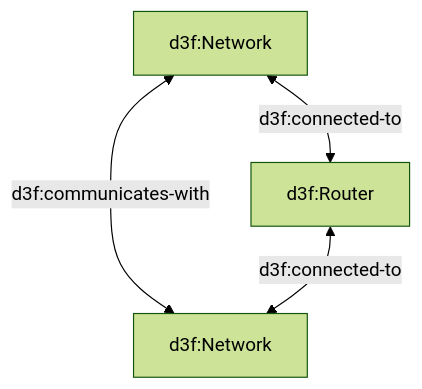
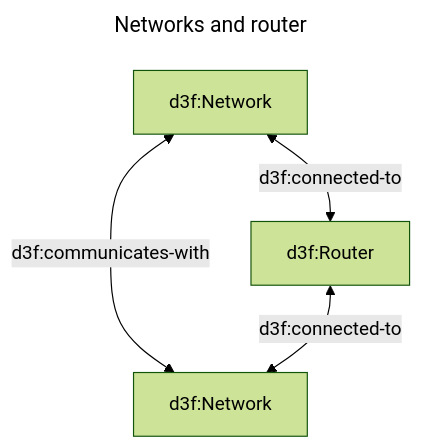
One commit to ioggstream/d3sign changed the first of 3 diagrams in app/src/data/examples/001-layers.md. Above: the diagram before and after it, drawn with Mermaid (forest theme). The commit also changed other lines of this file and 8 other files, not shown here.

Commit message:
Fix: #6. Diagram titles.

````diff
--- a/app/src/data/examples/001-layers.md
+++ b/app/src/data/examples/001-layers.md
@@ -5,14 +5,15 @@
 ```mermaid
 ---
 id: net
+title: Networks and router
 ---
 graph
 
 n1[d3f:Network]
 n2[d3f:Network]
 
 router[d3f:Router]
 
 n1 <-->|d3f:communicates-with| n2
 n1 <-->|d3f:connected-to| router <-->|d3f:connected-to| n2
 ```
````
